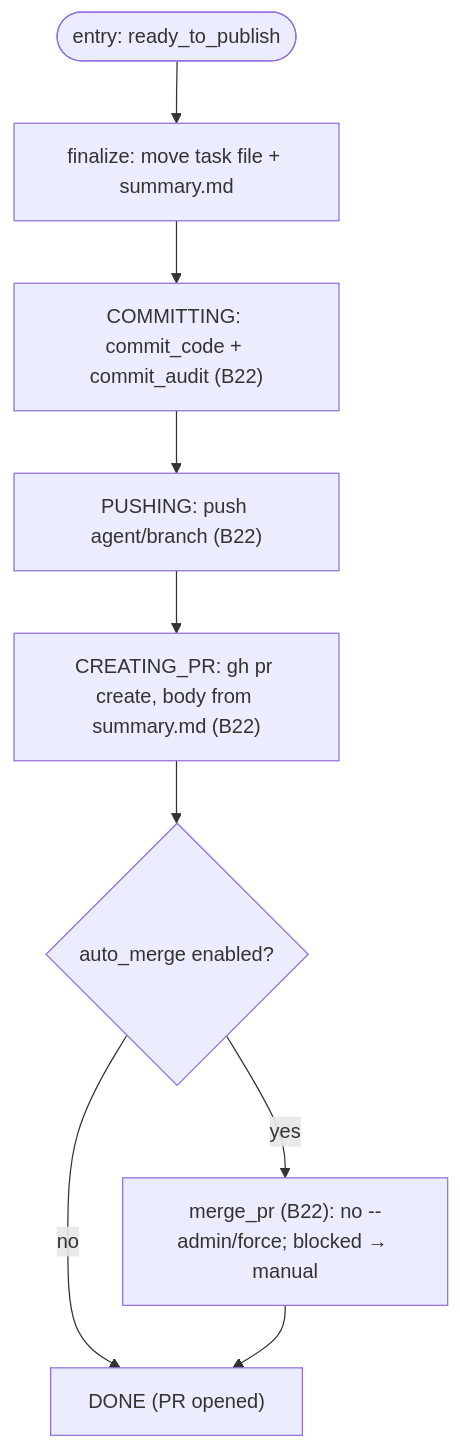
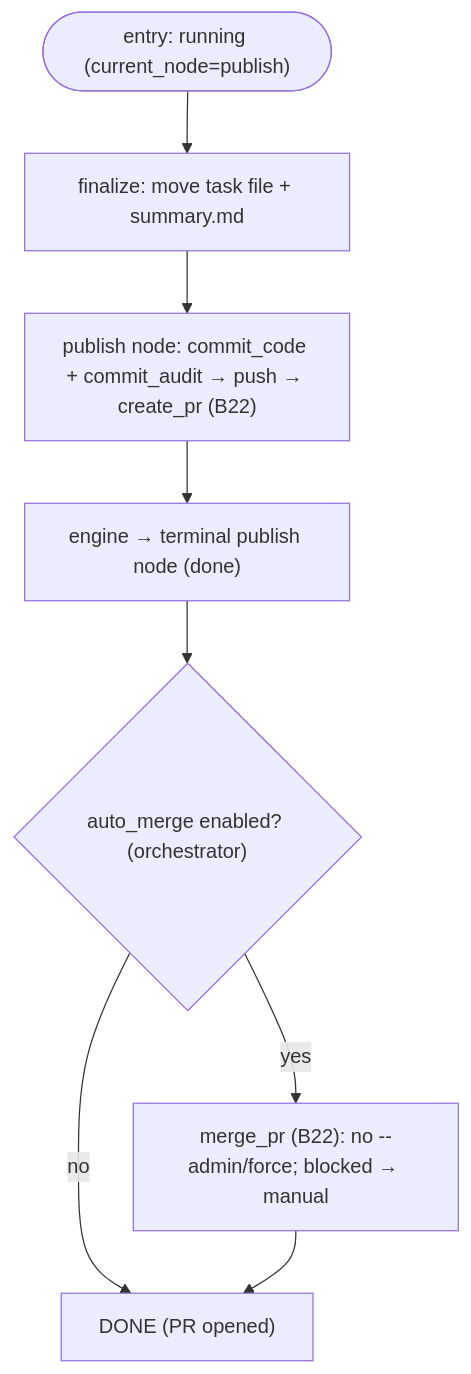
The diagram in docs/functional/flows/coding/S08-publishing.md (VladimirMakarevich/wastech-orchestrator), drawn with Mermaid before and after one commit. The commit also changed other lines of this file and 31 other files, not shown here.

````diff
--- a/docs/functional/flows/coding/S08-publishing.md
+++ b/docs/functional/flows/coding/S08-publishing.md
@@ -39,11 +36,10 @@
 ```mermaid
 flowchart TB
-    start(["entry: ready_to_publish"]) --> fin["finalize: move task file + summary.md"]
-    fin --> commit["COMMITTING: commit_code + commit_audit (B22)"]
-    commit --> push["PUSHING: push agent/branch (B22)"]
-    push --> pr["CREATING_PR: gh pr create, body from summary.md (B22)"]
-    pr --> am{"auto_merge enabled?"}
+    start(["entry: running (current_node=publish)"]) --> fin["finalize: move task file + summary.md"]
+    fin --> pubnode["publish node: commit_code + commit_audit → push → create_pr (B22)"]
+    pubnode --> term["engine → terminal publish node (done)"]
+    term --> am{"auto_merge enabled? (orchestrator)"}
     am -->|yes| merge["merge_pr (B22): no --admin/force; blocked → manual"]
     am -->|no| done["DONE (PR opened)"]
     merge --> done
 ```
````
